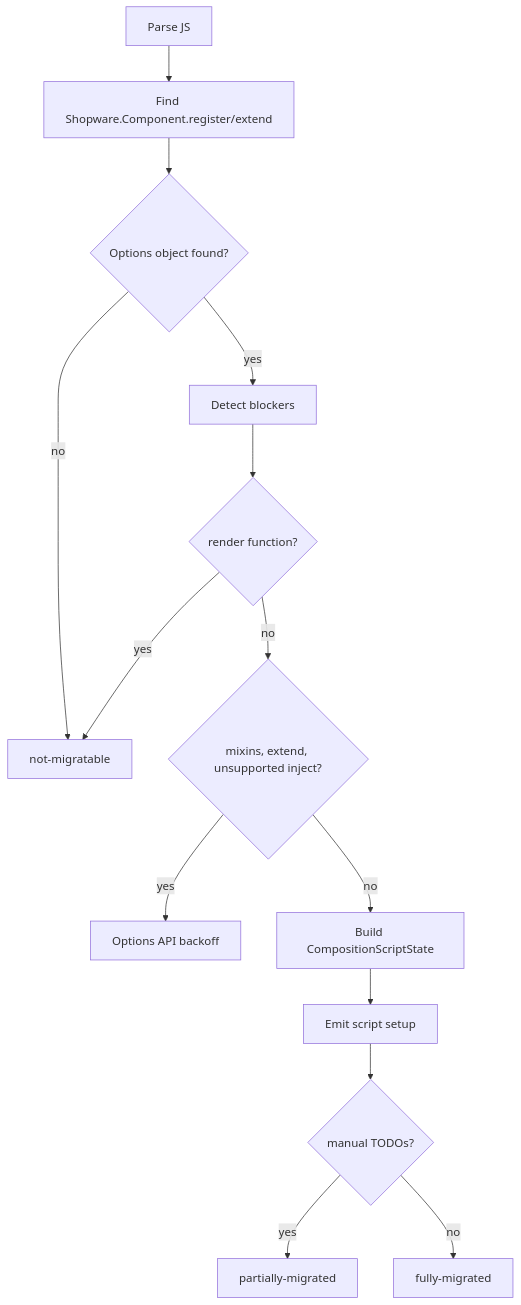
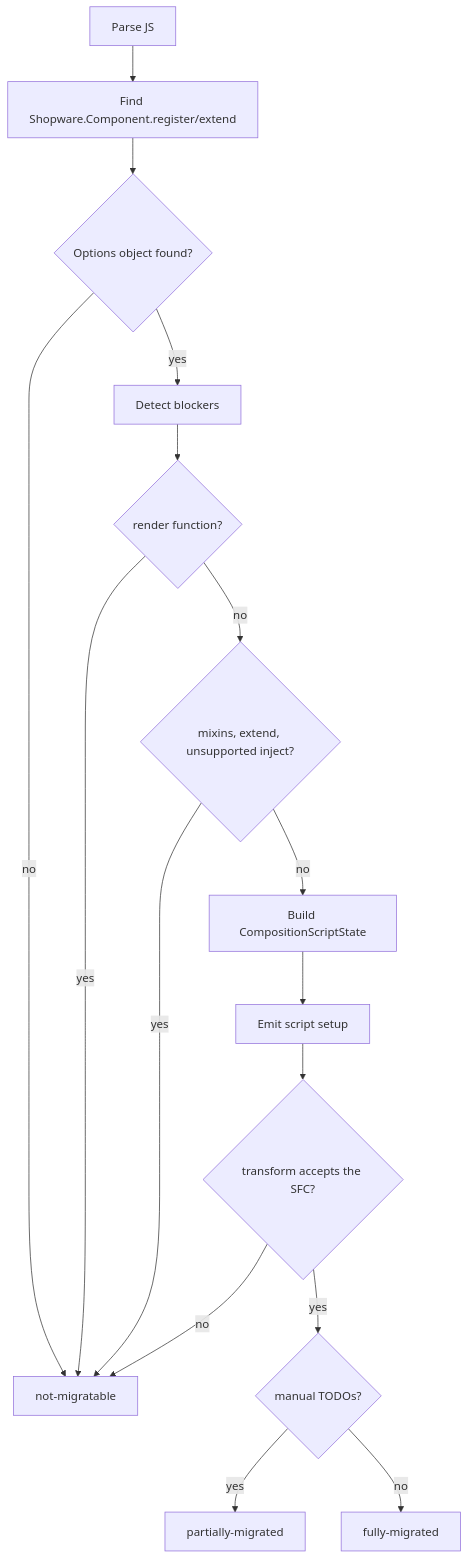
The second of 2 diagrams in src/Administration/Resources/app/administration/scripts/codemods/sfc-migration/TECHNICAL_README.md (shopware/shopware), drawn with Mermaid before and after one commit. The commit also changed other lines of this file and 21 other files, not shown here.

````diff
--- a/src/Administration/Resources/app/administration/scripts/codemods/sfc-migration/TECHNICAL_README.md
+++ b/src/Administration/Resources/app/administration/scripts/codemods/sfc-migration/TECHNICAL_README.md
@@ -208,16 +217,18 @@
 ```mermaid
 flowchart TD
     A[Parse JS] --> B[Find Shopware.Component.register/extend]
     B --> C{Options object found?}
     C -- no --> D[not-migratable]
     C -- yes --> E[Detect blockers]
     E --> F{render function?}
     F -- yes --> D
     F -- no --> G{mixins, extend, unsupported inject?}
-    G -- yes --> H[Options API backoff]
+    G -- yes --> D
     G -- no --> I[Build CompositionScriptState]
     I --> J[Emit script setup]
-    J --> K{manual TODOs?}
+    J --> N{transform accepts the SFC?}
+    N -- no --> D
+    N -- yes --> K{manual TODOs?}
     K -- yes --> L[partially-migrated]
     K -- no --> M[fully-migrated]
 ```
````
